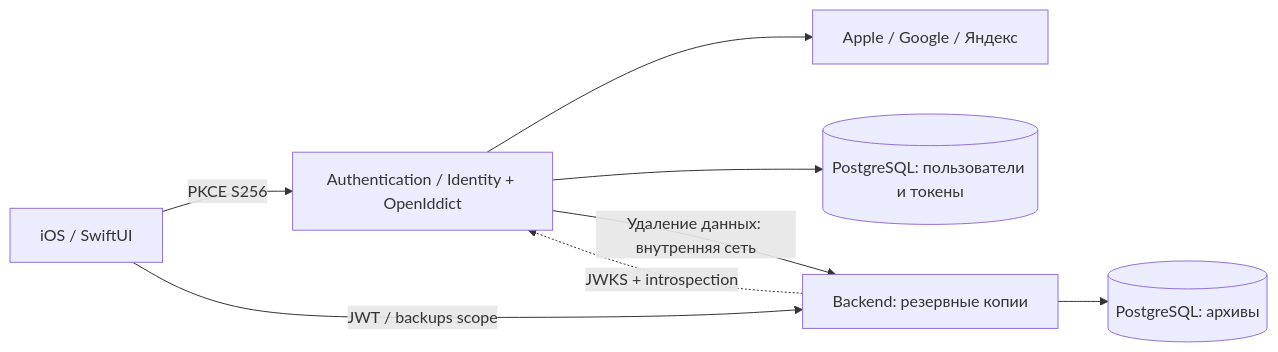
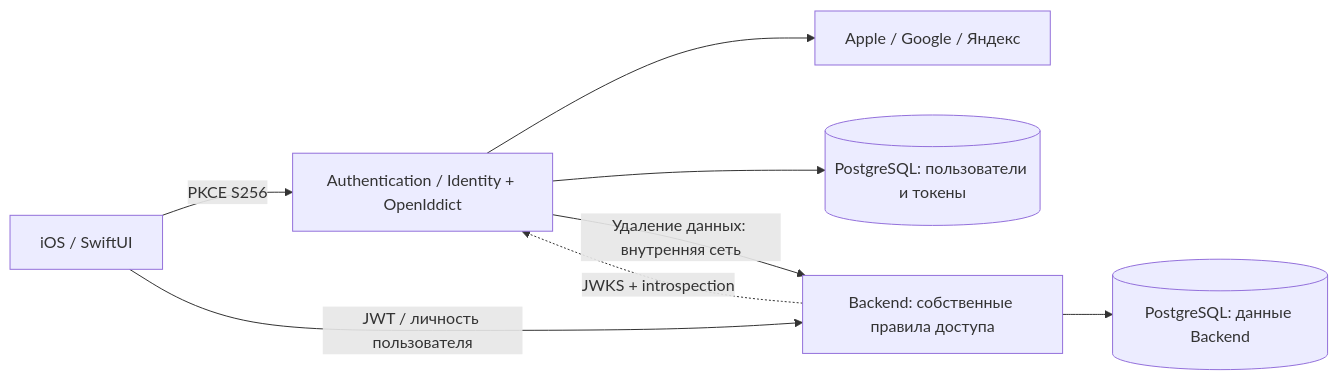
The diagram in docs/SERVER.md (KeltorHD/Fitness-Tracker), drawn with Mermaid before and after one commit. The commit also changed other lines of this file and 17 other files, not shown here.

````diff
--- a/docs/SERVER.md
+++ b/docs/SERVER.md
@@ -16,10 +16,10 @@
 ```mermaid
 flowchart LR
   iOS[iOS / SwiftUI] -->|PKCE S256| Auth[Authentication / Identity + OpenIddict]
   Auth --> Providers[Apple / Google / Яндекс]
   Auth --> AuthDB[(PostgreSQL: пользователи и токены)]
-  iOS -->|JWT / backups scope| API[Backend: резервные копии]
-  API --> BackupDB[(PostgreSQL: архивы)]
+  iOS -->|JWT / личность пользователя| API[Backend: собственные правила доступа]
+  API --> BackendDB[(PostgreSQL: данные Backend)]
   API -. JWKS + introspection .-> Auth
   Auth -->|Удаление данных: внутренняя сеть| API
 ```
````
